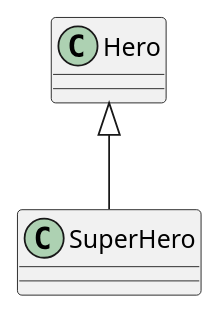
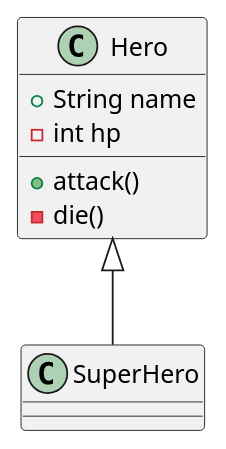
The diagram in lib/240307/class_diagram.puml (orm-camp-flutter-2ki/learn_dart_together), drawn with PlantUML before and after one commit. The commit also changed 2 other files, not shown here.

Commit message:
feat: 생성자, 클래스 다이어그램

```diff
--- a/lib/240307/class_diagram.puml
+++ b/lib/240307/class_diagram.puml
@@ -1,5 +1,13 @@
 @startuml
+
+class Hero {
+    +String name
+    -int hp
+
+    +attack()
+    -die()
+}
 
 class SuperHero extends Hero
 
 @enduml
```
